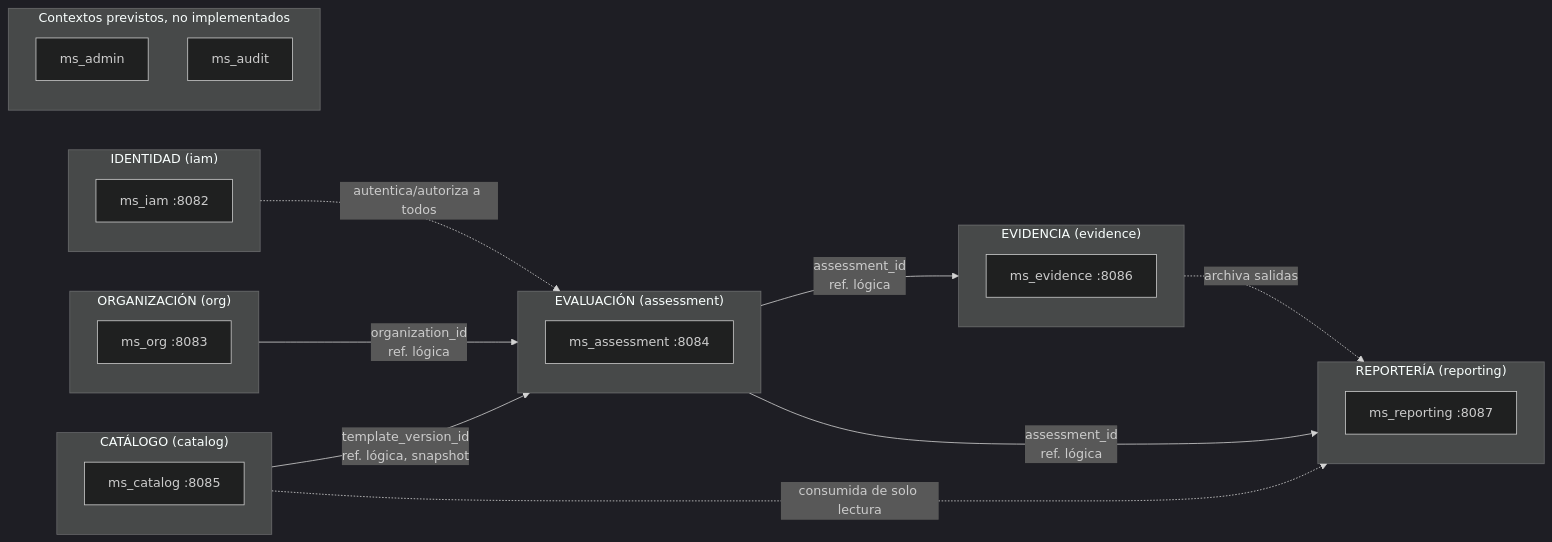
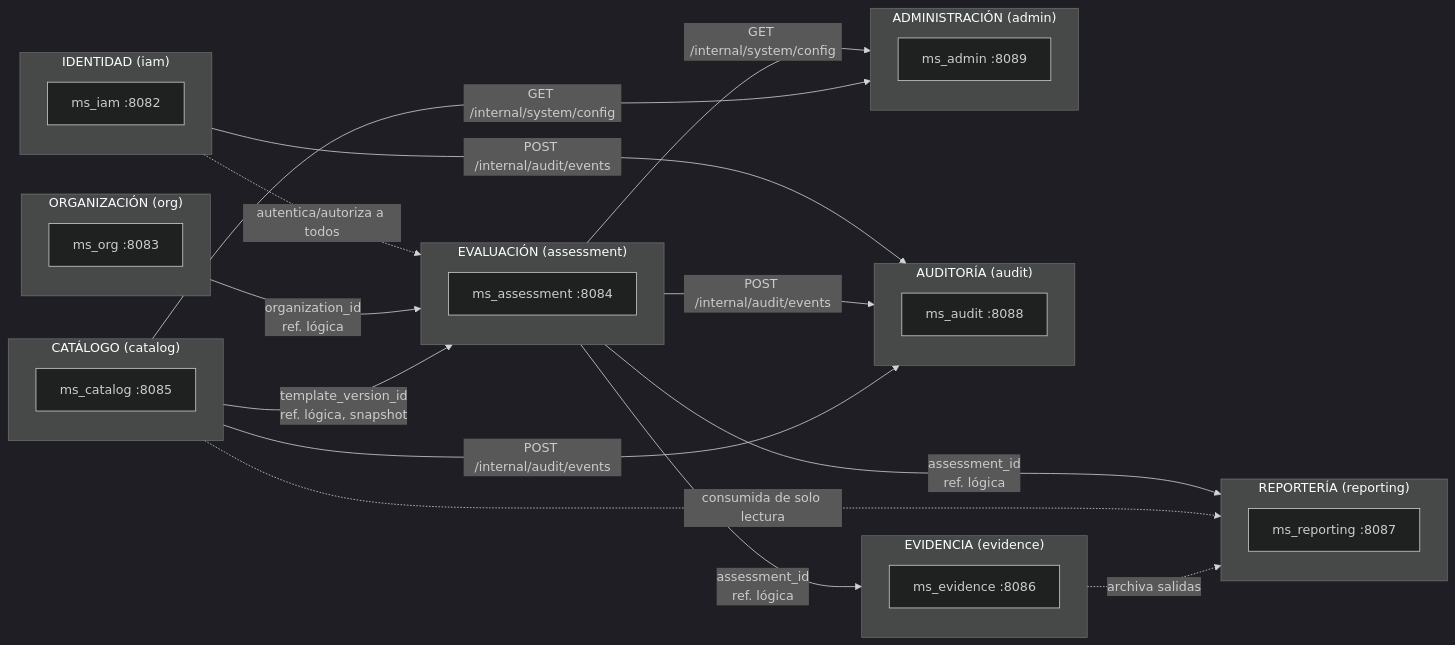
One commit to jdtovar07/MSPI_NVA_CO_DOCS changed the first of 3 diagrams in Documentacion-General/02-Modelo-de-Dominio.md. Above: the diagram before and after it, drawn with Mermaid (dark theme). The commit also changed other lines of this file and 12 other files, not shown here.

First line of the commit message:
fix(docs): align architecture docs to eight active microservices

````diff
--- a/Documentacion-General/02-Modelo-de-Dominio.md
+++ b/Documentacion-General/02-Modelo-de-Dominio.md
@@ -22,40 +23,48 @@
 ```mermaid
 flowchart LR
     subgraph Identidad["IDENTIDAD (iam)"]
         direction TB
         I1[ms_iam :8082]
     end
     subgraph Organizacion["ORGANIZACIÓN (org)"]
         direction TB
         O1[ms_org :8083]
     end
     subgraph Catalogo["CATÁLOGO (catalog)"]
         direction TB
         C1[ms_catalog :8085]
     end
     subgraph Evaluacion["EVALUACIÓN (assessment)"]
         direction TB
         A1[ms_assessment :8084]
     end
     subgraph Evidencia["EVIDENCIA (evidence)"]
         direction TB
         E1[ms_evidence :8086]
     end
     subgraph Reporteria["REPORTERÍA (reporting)"]
         direction TB
         R1[ms_reporting :8087]
     end
-    subgraph Placeholders["Contextos previstos, no implementados"]
+    subgraph Auditoria["AUDITORÍA (audit)"]
         direction TB
-        P1[ms_admin]
-        P2[ms_audit]
+        U1[ms_audit :8088]
+    end
+    subgraph Administracion["ADMINISTRACIÓN (admin)"]
+        direction TB
+        D1[ms_admin :8089]
     end
 
     Identidad -.autentica/autoriza a todos.-> Evaluacion
+    Identidad -->|POST /internal/audit/events| Auditoria
+    Evaluacion -->|POST /internal/audit/events| Auditoria
+    Catalogo -->|POST /internal/audit/events| Auditoria
+    Evaluacion -->|GET /internal/system/config| Administracion
+    Catalogo -->|GET /internal/system/config| Administracion
     Organizacion -->|organization_id<br/>ref. lógica| Evaluacion
     Catalogo -->|template_version_id<br/>ref. lógica, snapshot| Evaluacion
     Evaluacion -->|assessment_id<br/>ref. lógica| Evidencia
     Evaluacion -->|assessment_id<br/>ref. lógica| Reporteria
     Catalogo -.consumida de solo lectura.-> Reporteria
     Evidencia -.archiva salidas.-> Reporteria
 ```
````
